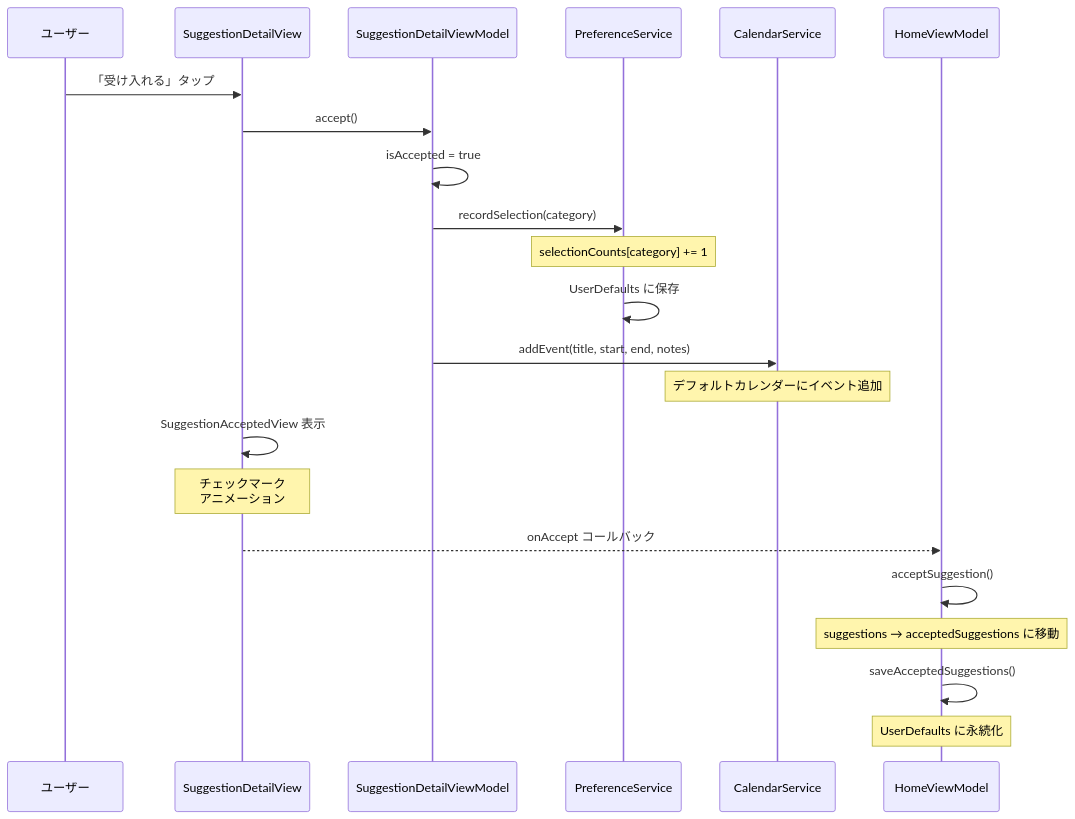
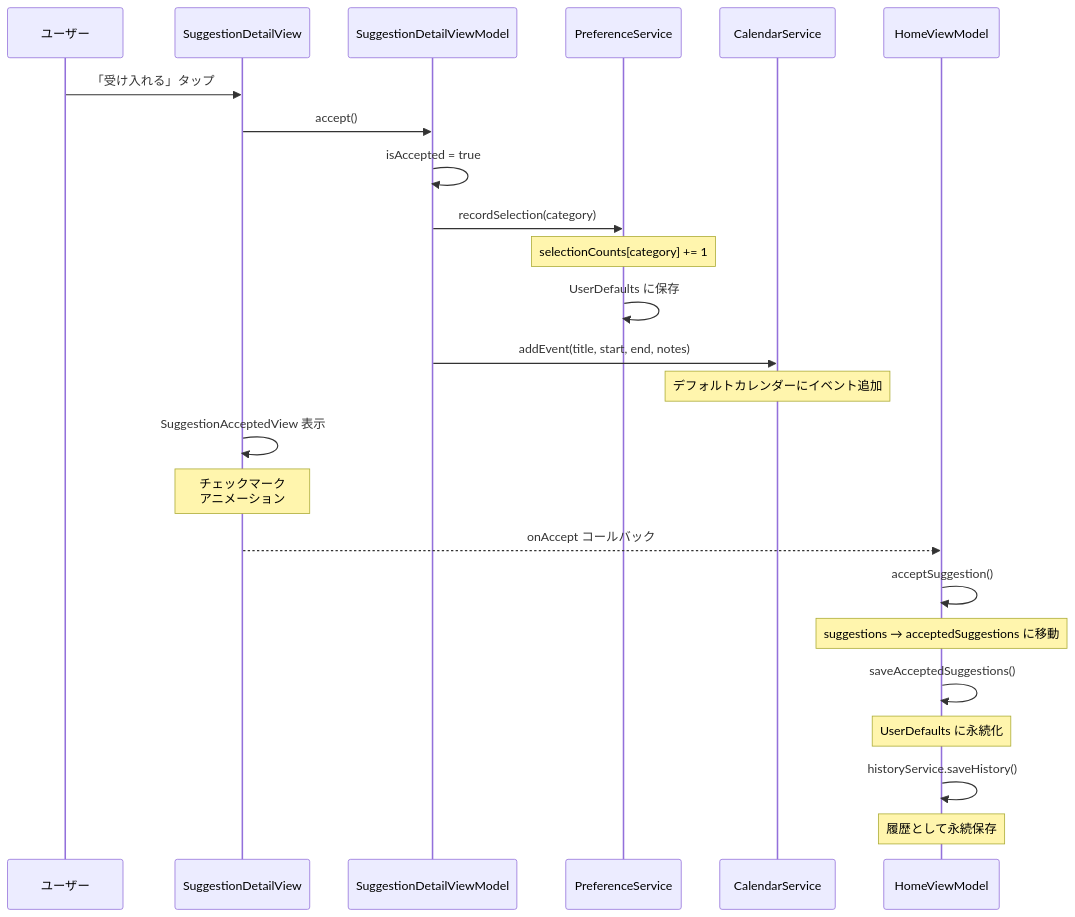
Before and after one commit to Ken-Miyamura/serendipity-planner: the second of 3 diagrams in docs/architecture/data-flow.md, drawn with Mermaid. The commit also changed other lines of this file and 4 other files, not shown here.

````diff
--- a/docs/architecture/data-flow.md
+++ b/docs/architecture/data-flow.md
@@ -61,29 +61,32 @@
 ```mermaid
 sequenceDiagram
     participant User as ユーザー
     participant SDV as SuggestionDetailView
     participant SDVM as SuggestionDetailViewModel
     participant PFS as PreferenceService
     participant CS as CalendarService
     participant HVM as HomeViewModel
 
     User->>SDV: 「受け入れる」タップ
     SDV->>SDVM: accept()
 
     SDVM->>SDVM: isAccepted = true
     SDVM->>PFS: recordSelection(category)
     Note over PFS: selectionCounts[category] += 1
     PFS->>PFS: UserDefaults に保存
 
     SDVM->>CS: addEvent(title, start, end, notes)
     Note over CS: デフォルトカレンダーにイベント追加
 
     SDV->>SDV: SuggestionAcceptedView 表示
     Note over SDV: チェックマーク<br/>アニメーション
 
     SDV-->>HVM: onAccept コールバック
     HVM->>HVM: acceptSuggestion()
     Note over HVM: suggestions → acceptedSuggestions に移動
     HVM->>HVM: saveAcceptedSuggestions()
     Note over HVM: UserDefaults に永続化
+
+    HVM->>HVM: historyService.saveHistory()
+    Note over HVM: 履歴として永続保存
 ```
````
